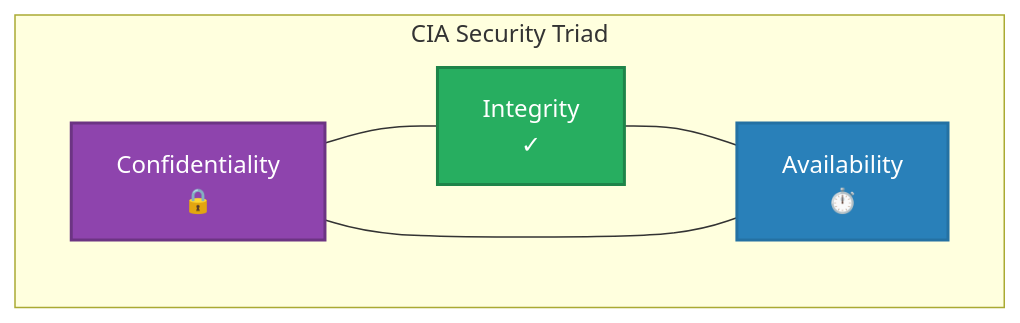
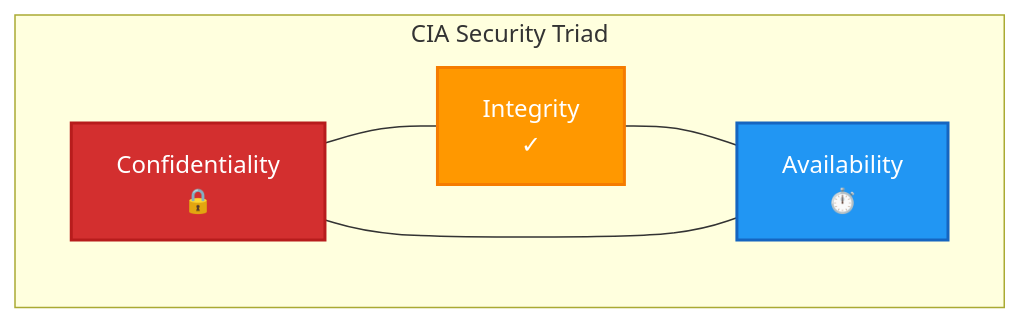
Before and after one commit to Hack23/cia-compliance-manager: the fourth of 5 diagrams in docs/architecture/CONTRIBUTION_GUIDELINES.md, drawn with Mermaid. The commit also changed other lines of this file and 18 other files, not shown here.

First line of the commit message:
style: update all classDef colors to ISMS style guide palette and fix quadrant charts

````diff
--- a/docs/architecture/CONTRIBUTION_GUIDELINES.md
+++ b/docs/architecture/CONTRIBUTION_GUIDELINES.md
@@ -129,18 +129,18 @@
 ```mermaid
 flowchart TD
     subgraph CIA["CIA Security Triad"]
         direction LR
         C[Confidentiality<br>🔒] --- I[Integrity<br>✓]
         I --- A[Availability<br>⏱️]
         A --- C
     end
     
     %% Style definitions with enhanced colors
-    classDef confidentiality fill:#8e44ad,stroke:#6c3483,stroke-width:2px,color:white
-    classDef integrity fill:#27ae60,stroke:#1e8449,stroke-width:2px,color:white
-    classDef availability fill:#2980b9,stroke:#2471a3,stroke-width:2px,color:white
+    classDef confidentiality fill:#D32F2F,stroke:#B71C1C,stroke-width:2px,color:#ffffff
+    classDef integrity fill:#FF9800,stroke:#F57C00,stroke-width:2px,color:#ffffff
+    classDef availability fill:#2196F3,stroke:#1565C0,stroke-width:2px,color:#ffffff
     
     class C confidentiality
     class I integrity
     class A availability
 ```
````
